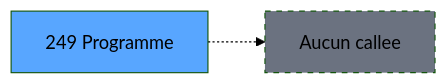
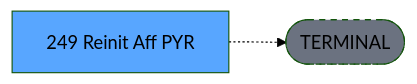
Before and after one commit to thonyAGP/lecteur-magic: the third of 3 diagrams in .openspec/specs/ADH-IDE-249.md, drawn with Mermaid (forest theme). The commit also changed other lines of this file and 701 other files, not shown here.

````diff
--- a/.openspec/specs/ADH-IDE-249.md
+++ b/.openspec/specs/ADH-IDE-249.md
@@ -145,8 +134,8 @@
 ```mermaid
 graph LR
-    T[249 Programme]
-    NONE[Aucun callee]
-    T -.-> NONE
+    T[249 Reinit Aff PYR]
+    TERM([TERMINAL])
+    T -.-> TERM
+    style TERM fill:#6b7280,stroke-dasharray: 5 5
     style T fill:#58a6ff,color:#000
-    style NONE fill:#6b7280,stroke-dasharray: 5 5
 ```
````
